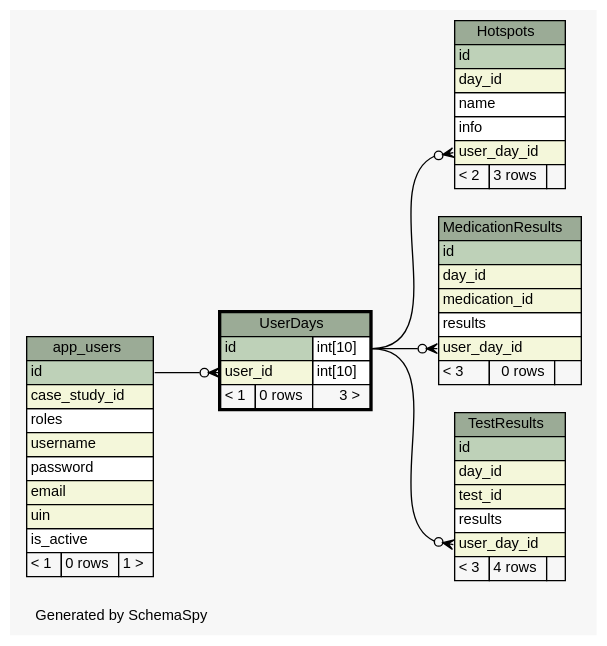
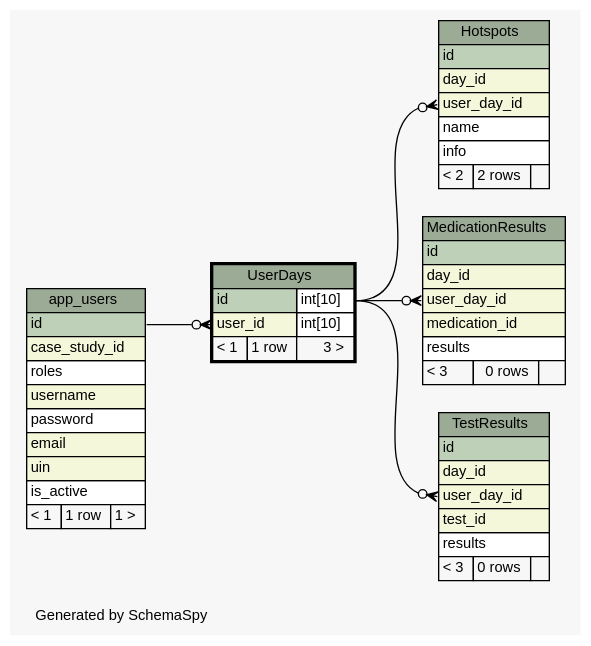
The diagram in web/files/schema/diagrams/UserDays.1degree.dot (carrel2/CaseStudies), drawn with Graphviz before and after one commit. The commit also changed 75 other files, not shown here.

```diff
--- a/web/files/schema/diagrams/UserDays.1degree.dot
+++ b/web/files/schema/diagrams/UserDays.1degree.dot
@@ -1,96 +1,96 @@
 // dot 2.38.0 on Linux 4.4.0-64-generic
 // SchemaSpy rev 590
 digraph "oneDegreeRelationshipsDiagram" {
   graph [
     rankdir="RL"
     bgcolor="#f7f7f7"
     label="\nGenerated by SchemaSpy"
     labeljust="l"
     nodesep="0.18"
     ranksep="0.46"
     fontname="Helvetica"
     fontsize="11"
   ];
   node [
     fontname="Helvetica"
     fontsize="11"
     shape="plaintext"
   ];
   edge [
     arrowsize="0.8"
   ];
   "Hotspots":"user_day_id":w -> "UserDays":"id.type":e [arrowhead=none dir=back arrowtail=crowodot];
   "MedicationResults":"user_day_id":w -> "UserDays":"id.type":e [arrowhead=none dir=back arrowtail=crowodot];
   "TestResults":"user_day_id":w -> "UserDays":"id.type":e [arrowhead=none dir=back arrowtail=crowodot];
   "UserDays":"user_id":w -> "app_users":"id":e [arrowhead=none dir=back arrowtail=crowodot];
   "app_users" [
     label=<
     <TABLE BORDER="0" CELLBORDER="1" CELLSPACING="0" BGCOLOR="#ffffff">
       <TR><TD COLSPAN="3" BGCOLOR="#9bab96" ALIGN="CENTER">app_users</TD></TR>
       <TR><TD PORT="id" COLSPAN="3" BGCOLOR="#bed1b8" ALIGN="LEFT">id</TD></TR>
       <TR><TD PORT="case_study_id" COLSPAN="3" BGCOLOR="#f4f7da" ALIGN="LEFT">case_study_id</TD></TR>
       <TR><TD PORT="roles" COLSPAN="3" ALIGN="LEFT">roles</TD></TR>
       <TR><TD PORT="username" COLSPAN="3" BGCOLOR="#f4f7da" ALIGN="LEFT">username</TD></TR>
       <TR><TD PORT="password" COLSPAN="3" ALIGN="LEFT">password</TD></TR>
       <TR><TD PORT="email" COLSPAN="3" BGCOLOR="#f4f7da" ALIGN="LEFT">email</TD></TR>
       <TR><TD PORT="uin" COLSPAN="3" BGCOLOR="#f4f7da" ALIGN="LEFT">uin</TD></TR>
       <TR><TD PORT="is_active" COLSPAN="3" ALIGN="LEFT">is_active</TD></TR>
-      <TR><TD ALIGN="LEFT" BGCOLOR="#f7f7f7">&lt; 1</TD><TD ALIGN="RIGHT" BGCOLOR="#f7f7f7">0 rows</TD><TD ALIGN="RIGHT" BGCOLOR="#f7f7f7">1 &gt;</TD></TR>
+      <TR><TD ALIGN="LEFT" BGCOLOR="#f7f7f7">&lt; 1</TD><TD ALIGN="RIGHT" BGCOLOR="#f7f7f7">1 row</TD><TD ALIGN="RIGHT" BGCOLOR="#f7f7f7">1 &gt;</TD></TR>
     </TABLE>>
     URL="app_users.html"
     tooltip="app_users"
   ];
   "Hotspots" [
     label=<
     <TABLE BORDER="0" CELLBORDER="1" CELLSPACING="0" BGCOLOR="#ffffff">
       <TR><TD COLSPAN="3" BGCOLOR="#9bab96" ALIGN="CENTER">Hotspots</TD></TR>
       <TR><TD PORT="id" COLSPAN="3" BGCOLOR="#bed1b8" ALIGN="LEFT">id</TD></TR>
       <TR><TD PORT="day_id" COLSPAN="3" BGCOLOR="#f4f7da" ALIGN="LEFT">day_id</TD></TR>
+      <TR><TD PORT="user_day_id" COLSPAN="3" BGCOLOR="#f4f7da" ALIGN="LEFT">user_day_id</TD></TR>
       <TR><TD PORT="name" COLSPAN="3" ALIGN="LEFT">name</TD></TR>
       <TR><TD PORT="info" COLSPAN="3" ALIGN="LEFT">info</TD></TR>
-      <TR><TD PORT="user_day_id" COLSPAN="3" BGCOLOR="#f4f7da" ALIGN="LEFT">user_day_id</TD></TR>
-      <TR><TD ALIGN="LEFT" BGCOLOR="#f7f7f7">&lt; 2</TD><TD ALIGN="RIGHT" BGCOLOR="#f7f7f7">3 rows</TD><TD ALIGN="RIGHT" BGCOLOR="#f7f7f7">  </TD></TR>
+      <TR><TD ALIGN="LEFT" BGCOLOR="#f7f7f7">&lt; 2</TD><TD ALIGN="RIGHT" BGCOLOR="#f7f7f7">2 rows</TD><TD ALIGN="RIGHT" BGCOLOR="#f7f7f7">  </TD></TR>
     </TABLE>>
     URL="Hotspots.html"
     tooltip="Hotspots"
   ];
   "MedicationResults" [
     label=<
     <TABLE BORDER="0" CELLBORDER="1" CELLSPACING="0" BGCOLOR="#ffffff">
       <TR><TD COLSPAN="3" BGCOLOR="#9bab96" ALIGN="CENTER">MedicationResults</TD></TR>
       <TR><TD PORT="id" COLSPAN="3" BGCOLOR="#bed1b8" ALIGN="LEFT">id</TD></TR>
       <TR><TD PORT="day_id" COLSPAN="3" BGCOLOR="#f4f7da" ALIGN="LEFT">day_id</TD></TR>
+      <TR><TD PORT="user_day_id" COLSPAN="3" BGCOLOR="#f4f7da" ALIGN="LEFT">user_day_id</TD></TR>
       <TR><TD PORT="medication_id" COLSPAN="3" BGCOLOR="#f4f7da" ALIGN="LEFT">medication_id</TD></TR>
       <TR><TD PORT="results" COLSPAN="3" ALIGN="LEFT">results</TD></TR>
-      <TR><TD PORT="user_day_id" COLSPAN="3" BGCOLOR="#f4f7da" ALIGN="LEFT">user_day_id</TD></TR>
       <TR><TD ALIGN="LEFT" BGCOLOR="#f7f7f7">&lt; 3</TD><TD ALIGN="RIGHT" BGCOLOR="#f7f7f7">0 rows</TD><TD ALIGN="RIGHT" BGCOLOR="#f7f7f7">  </TD></TR>
     </TABLE>>
     URL="MedicationResults.html"
     tooltip="MedicationResults"
   ];
   "TestResults" [
     label=<
     <TABLE BORDER="0" CELLBORDER="1" CELLSPACING="0" BGCOLOR="#ffffff">
       <TR><TD COLSPAN="3" BGCOLOR="#9bab96" ALIGN="CENTER">TestResults</TD></TR>
       <TR><TD PORT="id" COLSPAN="3" BGCOLOR="#bed1b8" ALIGN="LEFT">id</TD></TR>
       <TR><TD PORT="day_id" COLSPAN="3" BGCOLOR="#f4f7da" ALIGN="LEFT">day_id</TD></TR>
+      <TR><TD PORT="user_day_id" COLSPAN="3" BGCOLOR="#f4f7da" ALIGN="LEFT">user_day_id</TD></TR>
       <TR><TD PORT="test_id" COLSPAN="3" BGCOLOR="#f4f7da" ALIGN="LEFT">test_id</TD></TR>
       <TR><TD PORT="results" COLSPAN="3" ALIGN="LEFT">results</TD></TR>
-      <TR><TD PORT="user_day_id" COLSPAN="3" BGCOLOR="#f4f7da" ALIGN="LEFT">user_day_id</TD></TR>
-      <TR><TD ALIGN="LEFT" BGCOLOR="#f7f7f7">&lt; 3</TD><TD ALIGN="RIGHT" BGCOLOR="#f7f7f7">4 rows</TD><TD ALIGN="RIGHT" BGCOLOR="#f7f7f7">  </TD></TR>
+      <TR><TD ALIGN="LEFT" BGCOLOR="#f7f7f7">&lt; 3</TD><TD ALIGN="RIGHT" BGCOLOR="#f7f7f7">0 rows</TD><TD ALIGN="RIGHT" BGCOLOR="#f7f7f7">  </TD></TR>
     </TABLE>>
     URL="TestResults.html"
     tooltip="TestResults"
   ];
   "UserDays" [
     label=<
     <TABLE BORDER="2" CELLBORDER="1" CELLSPACING="0" BGCOLOR="#ffffff">
       <TR><TD COLSPAN="3" BGCOLOR="#9bab96" ALIGN="CENTER">UserDays</TD></TR>
       <TR><TD PORT="id" COLSPAN="2" BGCOLOR="#bed1b8" ALIGN="LEFT">id</TD><TD PORT="id.type" ALIGN="LEFT">int[10]</TD></TR>
       <TR><TD PORT="user_id" COLSPAN="2" BGCOLOR="#f4f7da" ALIGN="LEFT">user_id</TD><TD PORT="user_id.type" ALIGN="LEFT">int[10]</TD></TR>
-      <TR><TD ALIGN="LEFT" BGCOLOR="#f7f7f7">&lt; 1</TD><TD ALIGN="RIGHT" BGCOLOR="#f7f7f7">0 rows</TD><TD ALIGN="RIGHT" BGCOLOR="#f7f7f7">3 &gt;</TD></TR>
+      <TR><TD ALIGN="LEFT" BGCOLOR="#f7f7f7">&lt; 1</TD><TD ALIGN="RIGHT" BGCOLOR="#f7f7f7">1 row</TD><TD ALIGN="RIGHT" BGCOLOR="#f7f7f7">3 &gt;</TD></TR>
     </TABLE>>
     URL="UserDays.html"
     tooltip="UserDays"
   ];
 }
```
